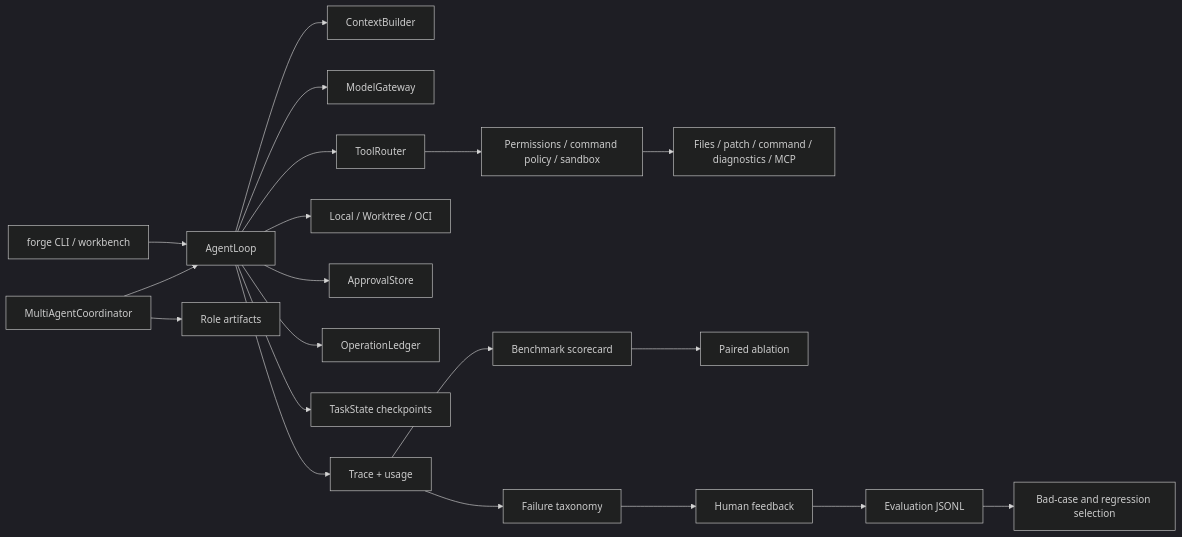
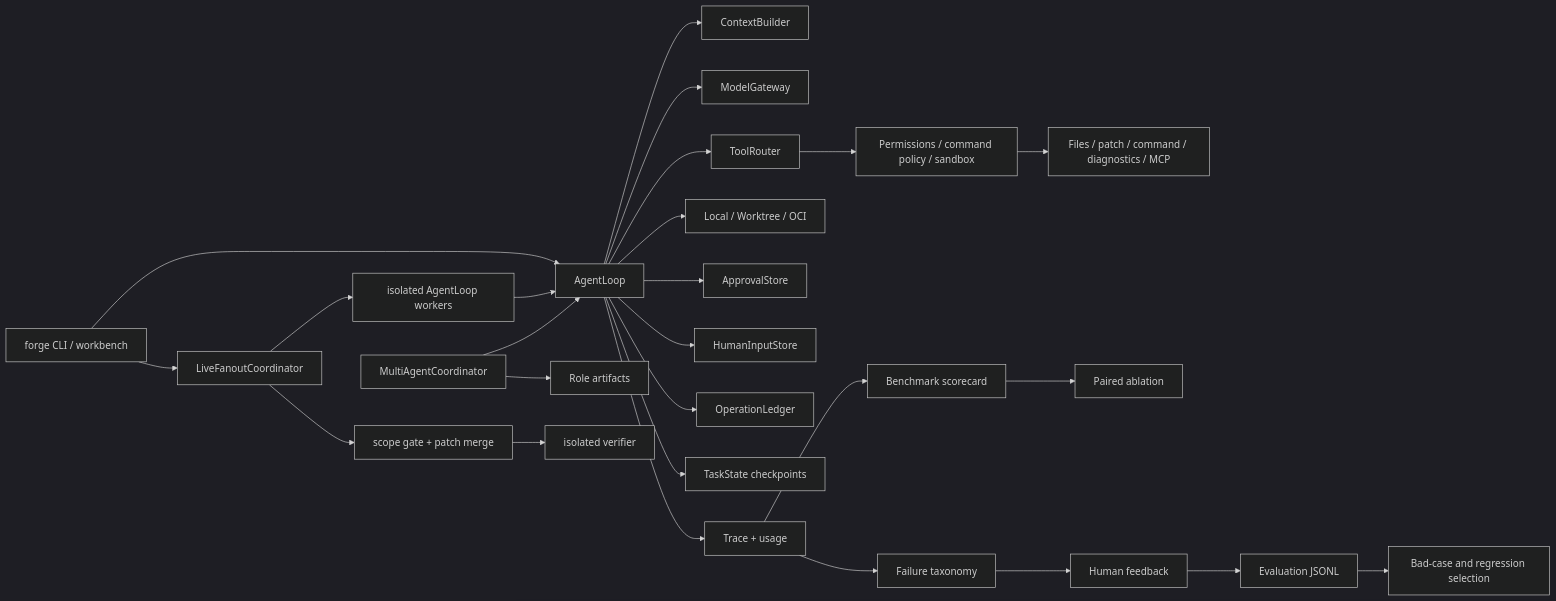
The diagram in docs/architecture/runtime-capability-guide.md (semi-hollow/NanoHarness), drawn with Mermaid (dark theme) before and after one commit. The commit also changed other lines of this file and 39 other files, not shown here.

Commit message:
Add durable human input and isolated live fanout

````diff
--- a/docs/architecture/runtime-capability-guide.md
+++ b/docs/architecture/runtime-capability-guide.md
@@ -8,22 +8,28 @@
 ```mermaid
 flowchart LR
     CLI["forge CLI / workbench"] --> Loop["AgentLoop"]
+    CLI --> Fanout["LiveFanoutCoordinator"]
+    Fanout --> Workers["isolated AgentLoop workers"]
+    Workers --> Loop
     Loop --> Context["ContextBuilder"]
     Loop --> Model["ModelGateway"]
     Loop --> Router["ToolRouter"]
     Loop --> Environment["Local / Worktree / OCI"]
     Router --> Policy["Permissions / command policy / sandbox"]
     Policy --> Tools["Files / patch / command / diagnostics / MCP"]
     Loop --> Approval["ApprovalStore"]
+    Loop --> Human["HumanInputStore"]
     Loop --> Ledger["OperationLedger"]
     Loop --> State["TaskState checkpoints"]
     Loop --> Trace["Trace + usage"]
     Coordinator["MultiAgentCoordinator"] --> Loop
     Coordinator --> Artifacts["Role artifacts"]
+    Fanout --> Merge["scope gate + patch merge"]
+    Merge --> Finalizer["isolated verifier"]
     Trace --> Diagnosis["Failure taxonomy"]
     Trace --> Scorecard["Benchmark scorecard"]
     Scorecard --> Ablation["Paired ablation"]
     Diagnosis --> Feedback["Human feedback"]
     Feedback --> Dataset["Evaluation JSONL"]
     Dataset --> Regression["Bad-case and regression selection"]
 ```
````
